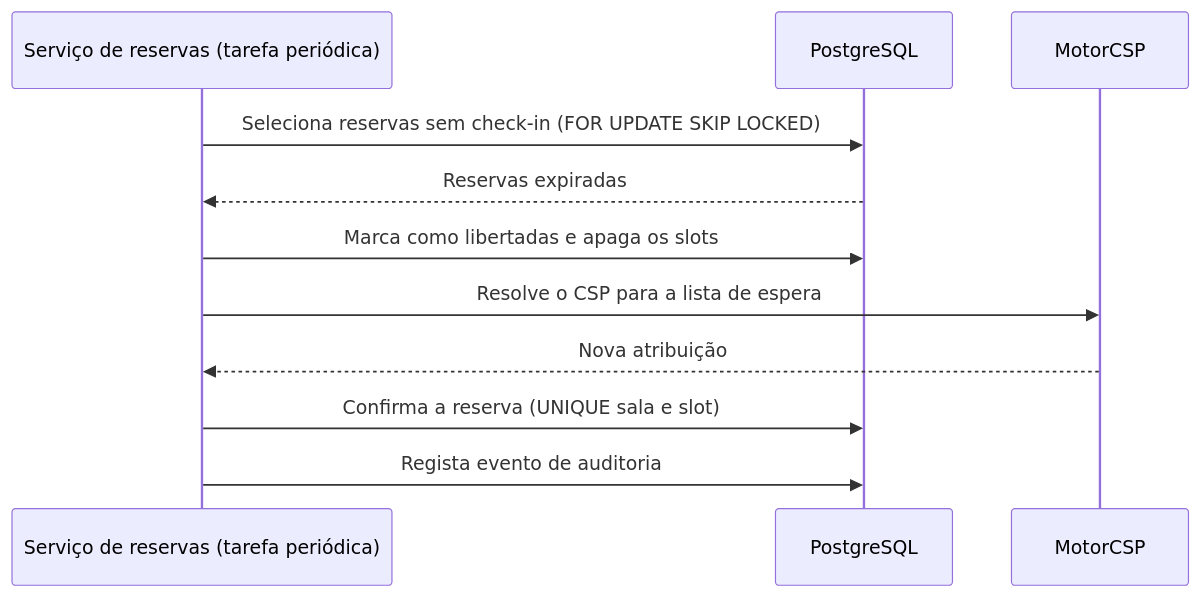
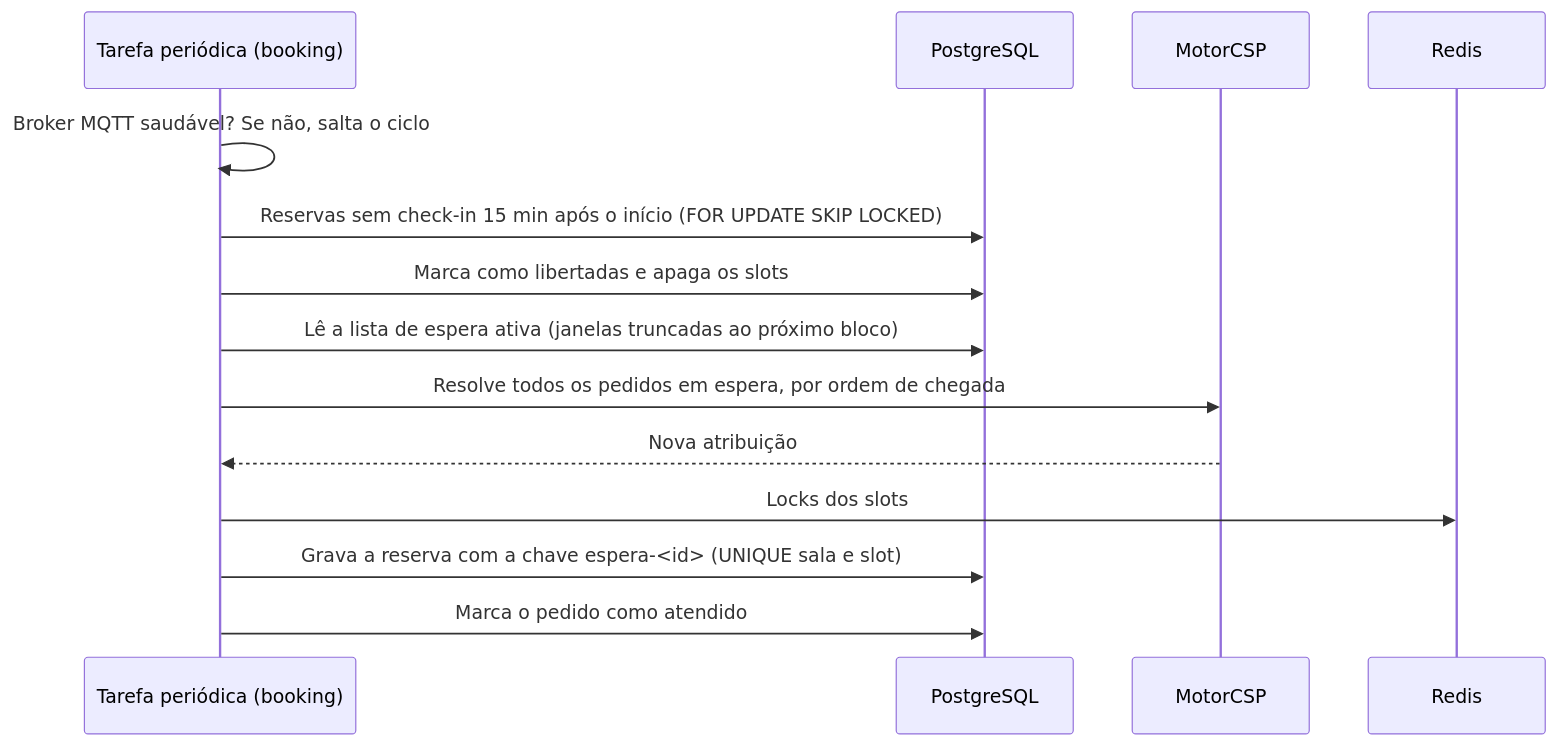
The fifth of 5 diagrams in _documentacao/04_documentacao_tecnica/diagramas_uml.md (carloslima11/StudySpot), drawn with Mermaid before and after one commit. The commit also changed other lines of this file and 27 other files, not shown here.

````diff
--- a/_documentacao/04_documentacao_tecnica/diagramas_uml.md
+++ b/_documentacao/04_documentacao_tecnica/diagramas_uml.md
@@ -149,14 +212,17 @@
 ```mermaid
 sequenceDiagram
-    participant T as Serviço de reservas (tarefa periódica)
+    participant T as Tarefa periódica (booking)
     participant DB as PostgreSQL
     participant C as MotorCSP
+    participant R as Redis
 
-    T->>DB: Seleciona reservas sem check-in (FOR UPDATE SKIP LOCKED)
-    DB-->>T: Reservas expiradas
+    T->>T: Broker MQTT saudável? Se não, salta o ciclo
+    T->>DB: Reservas sem check-in 15 min após o início (FOR UPDATE SKIP LOCKED)
     T->>DB: Marca como libertadas e apaga os slots
-    T->>C: Resolve o CSP para a lista de espera
+    T->>DB: Lê a lista de espera ativa (janelas truncadas ao próximo bloco)
+    T->>C: Resolve todos os pedidos em espera, por ordem de chegada
     C-->>T: Nova atribuição
-    T->>DB: Confirma a reserva (UNIQUE sala e slot)
-    T->>DB: Regista evento de auditoria
+    T->>R: Locks dos slots
+    T->>DB: Grava a reserva com a chave espera-<id> (UNIQUE sala e slot)
+    T->>DB: Marca o pedido como atendido
 ```
````
